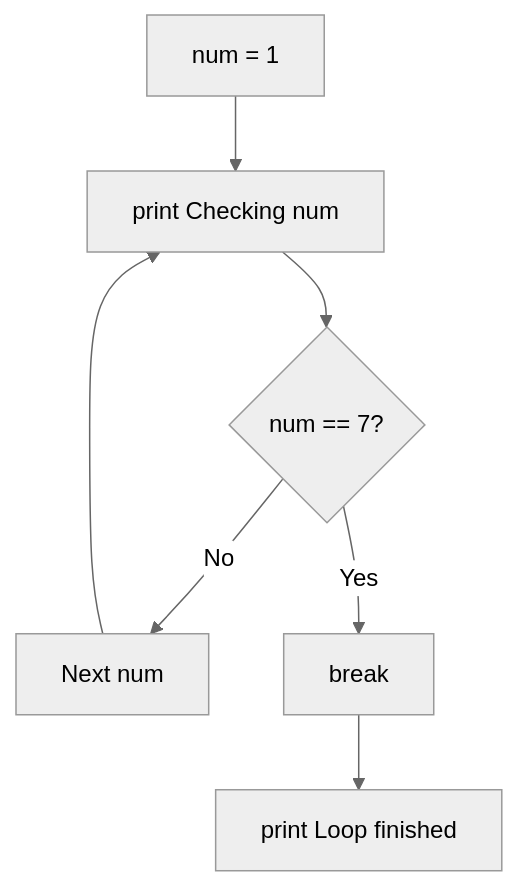
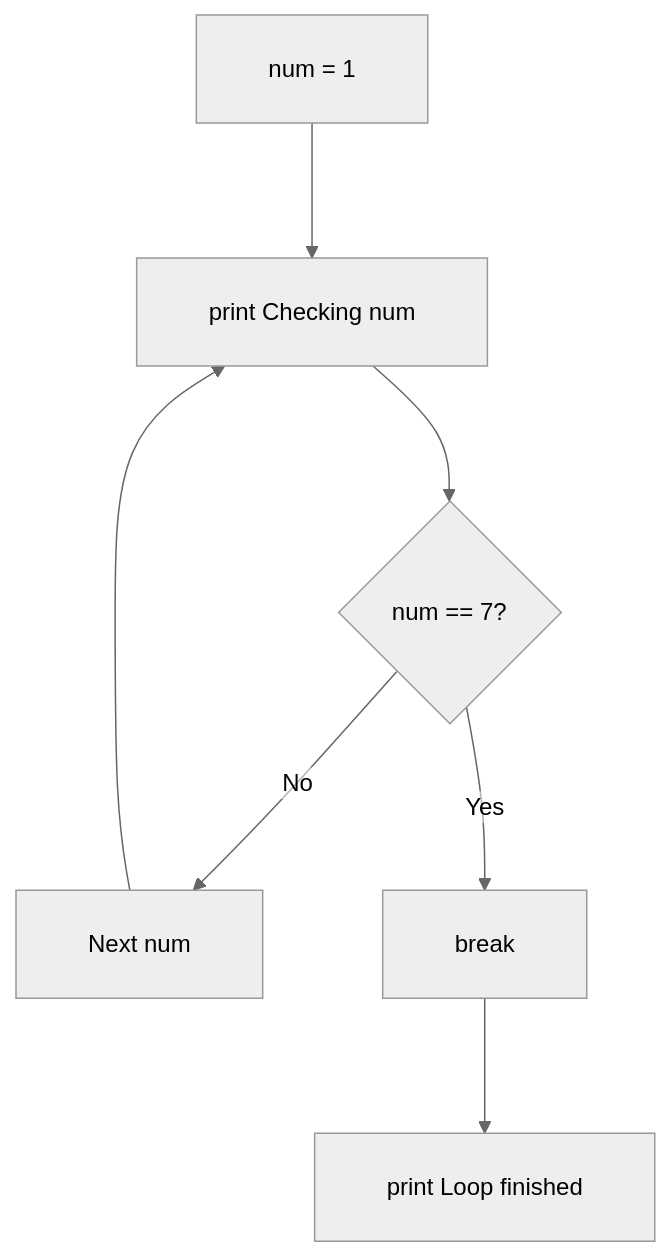
Before and after one commit to ABVenu/salcurriculum: the second of 6 diagrams in SAL-2026/Python Basics - English/S04/NotesPresentation.md, drawn with Mermaid (neutral theme). The commit also changed other lines of this file and 820 other files, not shown here.

````diff
--- a/SAL-2026/Python Basics - English/S04/NotesPresentation.md
+++ b/SAL-2026/Python Basics - English/S04/NotesPresentation.md
@@ -82,9 +320,10 @@
 ```mermaid
+%%{init: {"flowchart": {"htmlLabels": false, "curve": "basis", "padding": 24, "nodeSpacing": 80, "rankSpacing": 90, "diagramPadding": 48}}}%%
 flowchart TB
-    S[num = 1] --> P[print Checking num]
-    P --> C{num == 7?}
-    C -->|No| N[Next num]
+    S["  num = 1  "] --> P["  print Checking num  "]
+    P --> C{"  num == 7?  "}
+    C -->|"  No  "| N["  Next num  "]
     N --> P
-    C -->|Yes| B[break]
-    B --> A[print Loop finished]
+    C -->|"  Yes  "| B["  break  "]
+    B --> A["  print Loop finished  "]
 ```
````
